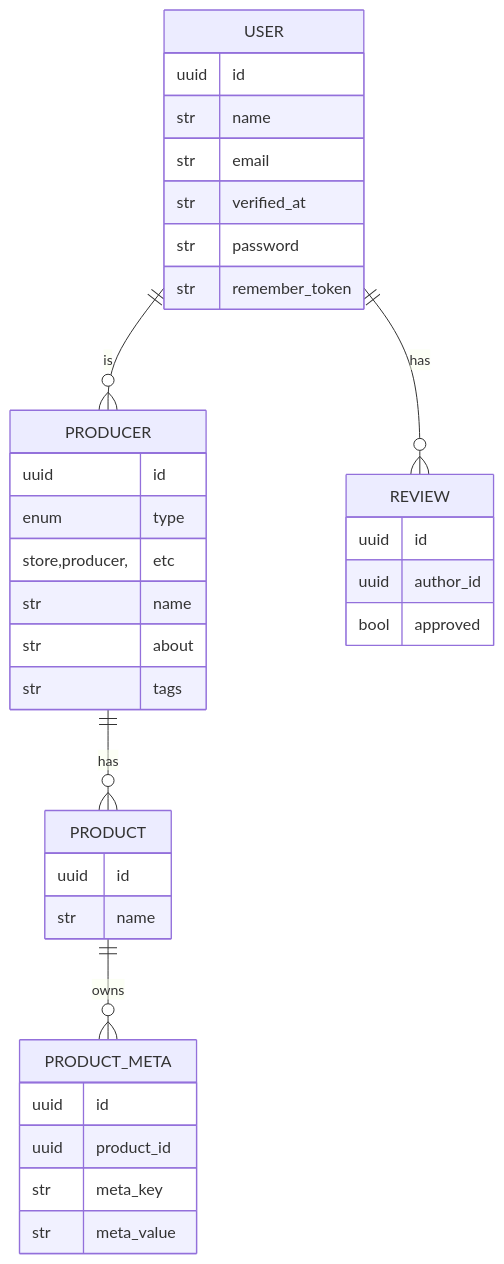
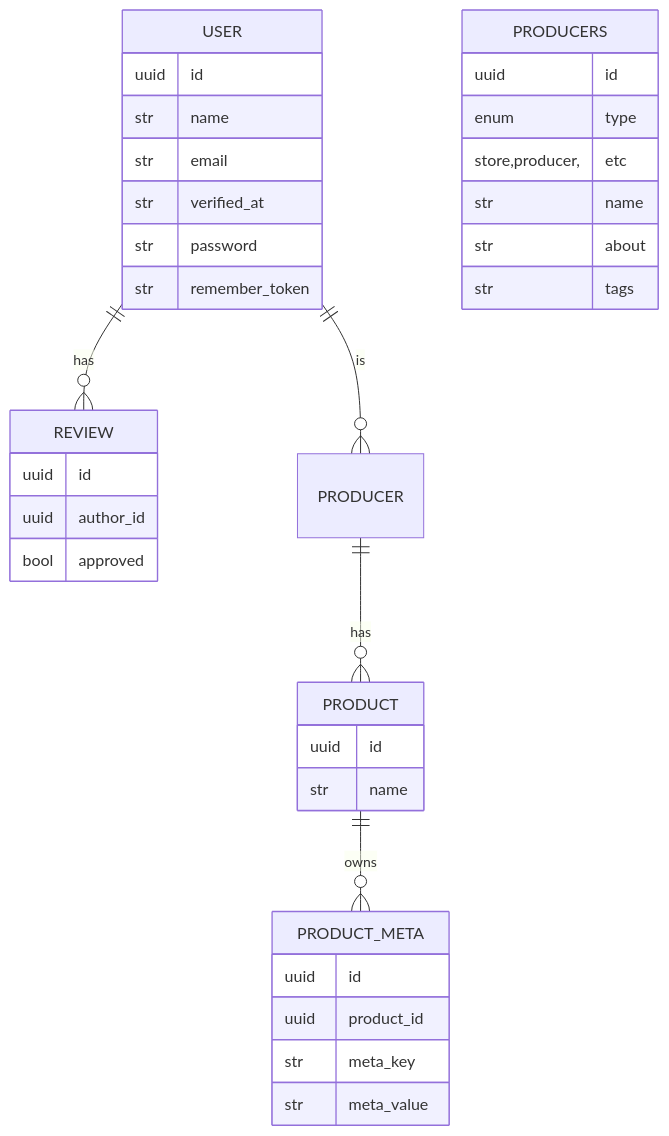
The diagram in backend/README.md (cvanh/wiri), drawn with Mermaid before and after one commit. The commit also changed other lines of this file and 2 other files, not shown here.

Commit message:
wip on api docs

````diff
--- a/backend/README.md
+++ b/backend/README.md
@@ -14,40 +16,40 @@
 ```mermaid
 erDiagram
     USER {
         uuid id 
         str name
         str email
         str verified_at
         str password
         str remember_token
     }
-    PRODUCER { 
+    PRODUCERS { 
         uuid id 
         enum type store,producer, etc
         str name
         str about
         str tags
     }
     PRODUCT {
         uuid id
         str name
 
     }
     PRODUCT_META {
         uuid id
         uuid product_id
         str meta_key
         str meta_value
     }
 
     REVIEW {
         uuid id 
         uuid author_id 
         bool approved
     }
 
     USER||--o{PRODUCER : "is"
     USER||--o{REVIEW: "has"
     PRODUCER||--o{PRODUCT: "has"
     PRODUCT||--o{PRODUCT_META: "owns"
 ```
````
